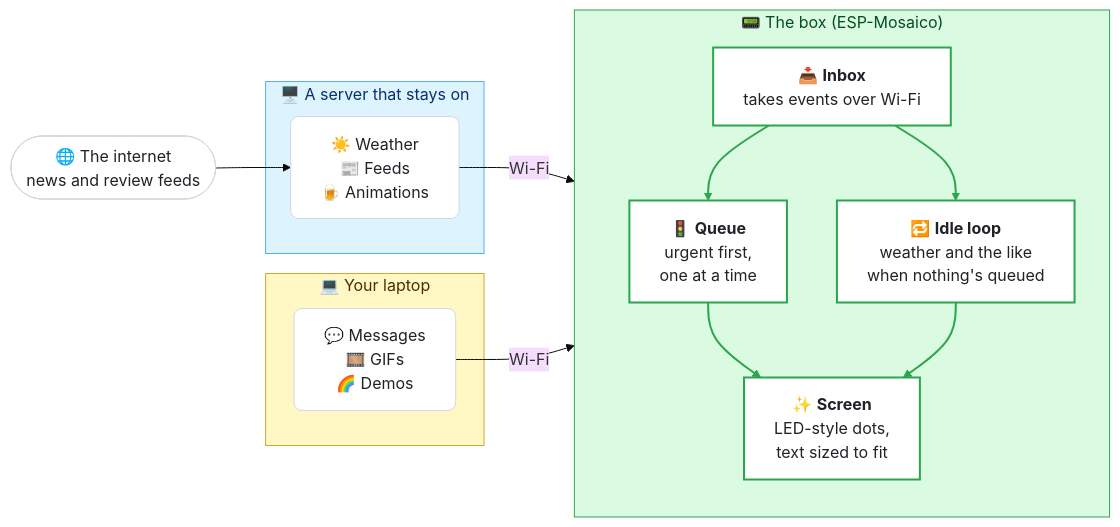
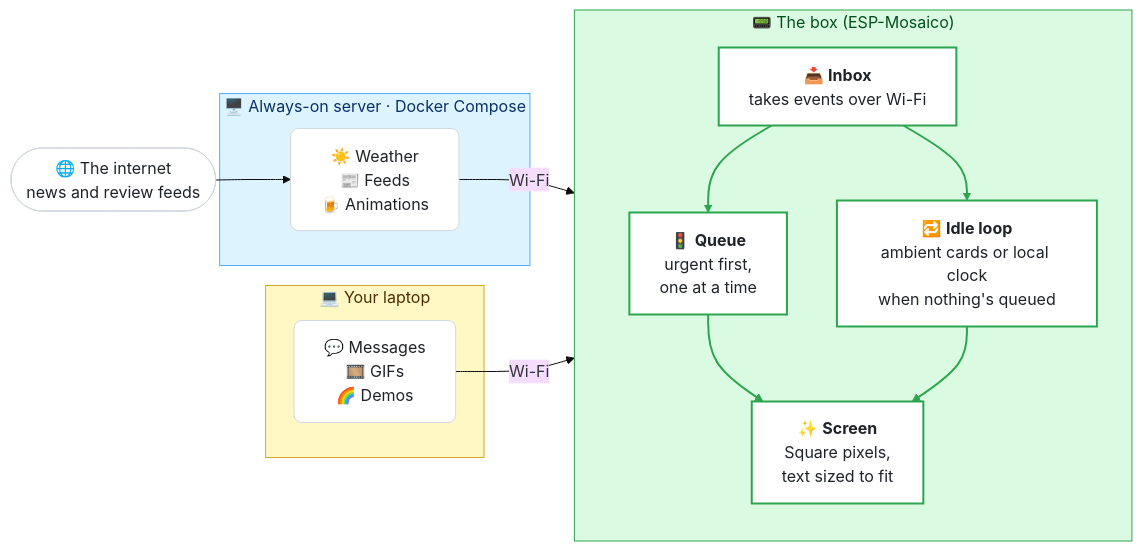
Before and after one commit to theowiik/box: the diagram in README.md, drawn with Mermaid (base theme). The commit also changed other lines of this file and 157 other files, not shown here.

````diff
--- a/README.md
+++ b/README.md
@@ -13,35 +13,35 @@
 ```mermaid
 flowchart LR
     web(["🌐 The internet<br/>news and review feeds"])
 
-    subgraph server["🖥️ A server that stays on"]
+    subgraph server["🖥️ Always-on server · Docker Compose"]
         sources["☀️ Weather<br/>📰 Feeds<br/>🍺 Animations"]
     end
 
     subgraph laptop["💻 Your laptop"]
         tools["💬 Messages<br/>🎞️ GIFs<br/>🌈 Demos"]
     end
 
     subgraph box["📟 The box (ESP-Mosaico)"]
         direction TB
         inbox["📥 <b>Inbox</b><br/>takes events over Wi-Fi"]
         queue["🚦 <b>Queue</b><br/>urgent first,<br/>one at a time"]
-        idle["🔁 <b>Idle loop</b><br/>weather and the like<br/>when nothing's queued"]
-        screen["✨ <b>Screen</b><br/>LED-style dots,<br/>text sized to fit"]
+        idle["🔁 <b>Idle loop</b><br/>ambient cards or local clock<br/>when nothing's queued"]
+        screen["✨ <b>Screen</b><br/>Square pixels,<br/>text sized to fit"]
         inbox --> queue --> screen
         inbox --> idle --> screen
     end
 
     web --> sources
     sources -->|Wi-Fi| box
     tools -->|Wi-Fi| box
 
     classDef thing fill:#ffffff,stroke:#d0d7de,color:#1f2328,rx:8,ry:8
     classDef step fill:#ffffff,stroke:#2da44e,stroke-width:2px,color:#1f2328
     class web,sources,tools thing
     class inbox,queue,idle,screen step
     style server fill:#ddf4ff,stroke:#54aeff,color:#0a3069
     style laptop fill:#fff8c5,stroke:#d4a72c,color:#4d2d00
     style box fill:#dafbe1,stroke:#2da44e,color:#044f1e
     linkStyle 0,1,2,3 stroke:#2da44e,stroke-width:2px
 ```
````
